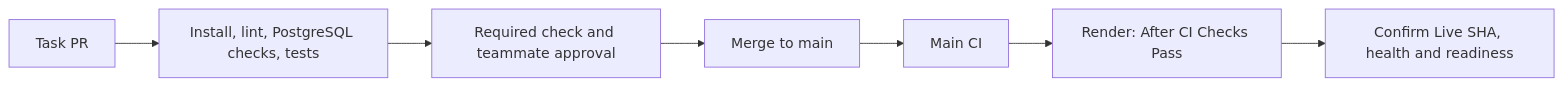
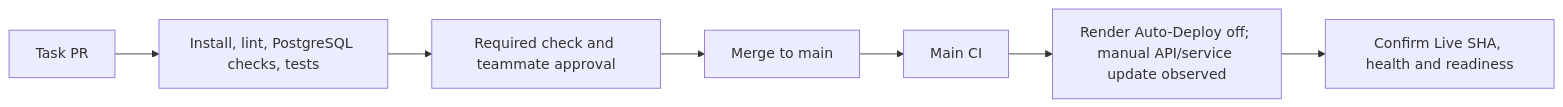
One commit to kendshhh/PhishLens changed the second of 2 diagrams in PIPELINE.md. Above: the diagram before and after it, drawn with Mermaid. The commit also changed other lines of this file and 46 other files, not shown here.

````diff
--- a/PIPELINE.md
+++ b/PIPELINE.md
@@ -440,9 +479,9 @@
 ```mermaid
 flowchart LR
     PR[Task PR] --> CI[Install, lint, PostgreSQL checks, tests]
     CI --> Review[Required check and teammate approval]
     Review --> Main[Merge to main]
     Main --> MainCI[Main CI]
-    MainCI --> Render[Render: After CI Checks Pass]
+    MainCI --> Render[Render Auto-Deploy off; manual API/service update observed]
     Render --> Verify[Confirm Live SHA, health and readiness]
 ```
````
